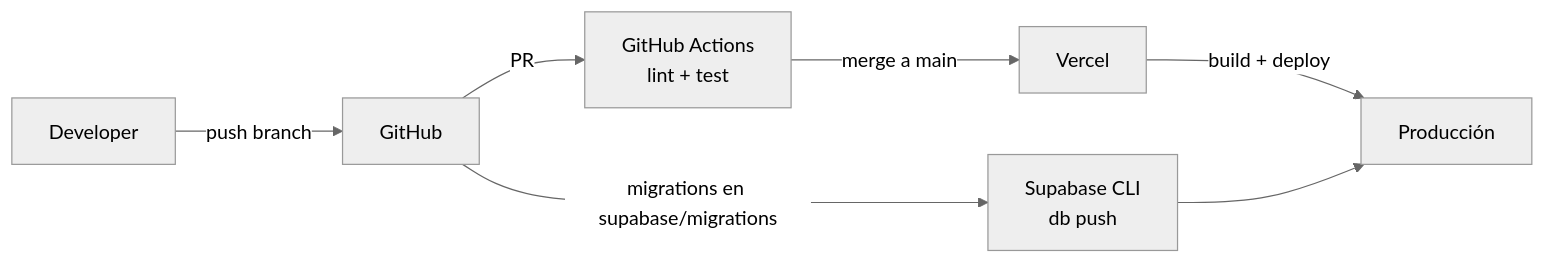
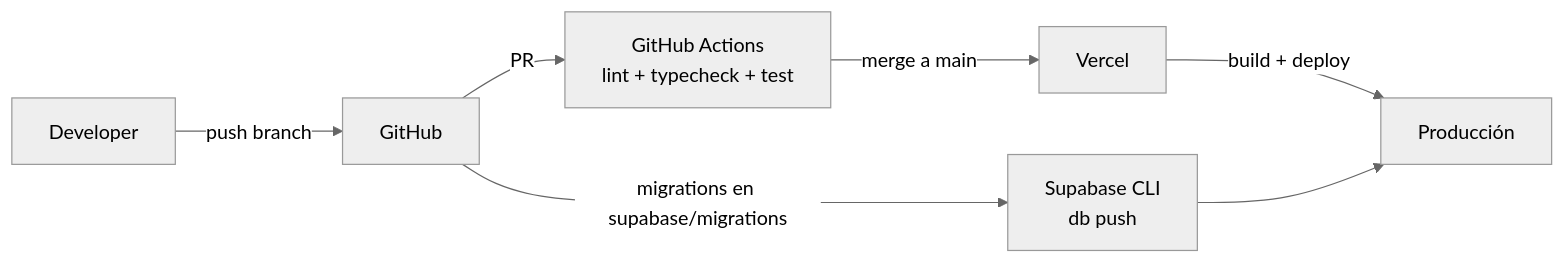
Before and after one commit to Samuel-Tabares/proyecto-nuclear: the third of 3 diagrams in docs/SGIL_documento_tecnico.md, drawn with Mermaid (neutral theme). The commit also changed other lines of this file and 16 other files, not shown here.

````diff
--- a/docs/SGIL_documento_tecnico.md
+++ b/docs/SGIL_documento_tecnico.md
@@ -430,9 +495,9 @@
 ```mermaid
 graph LR
     Dev[Developer] -->|push branch| GH[GitHub]
-    GH -->|PR| CI[GitHub Actions<br/>lint + test]
+    GH -->|PR| CI[GitHub Actions<br/>lint + typecheck + test]
     CI -->|merge a main| Vercel
     Vercel -->|build + deploy| Prod[Producción]
     GH -->|migrations en supabase/migrations| Supa[Supabase CLI<br/>db push]
     Supa --> Prod
 ```
````
